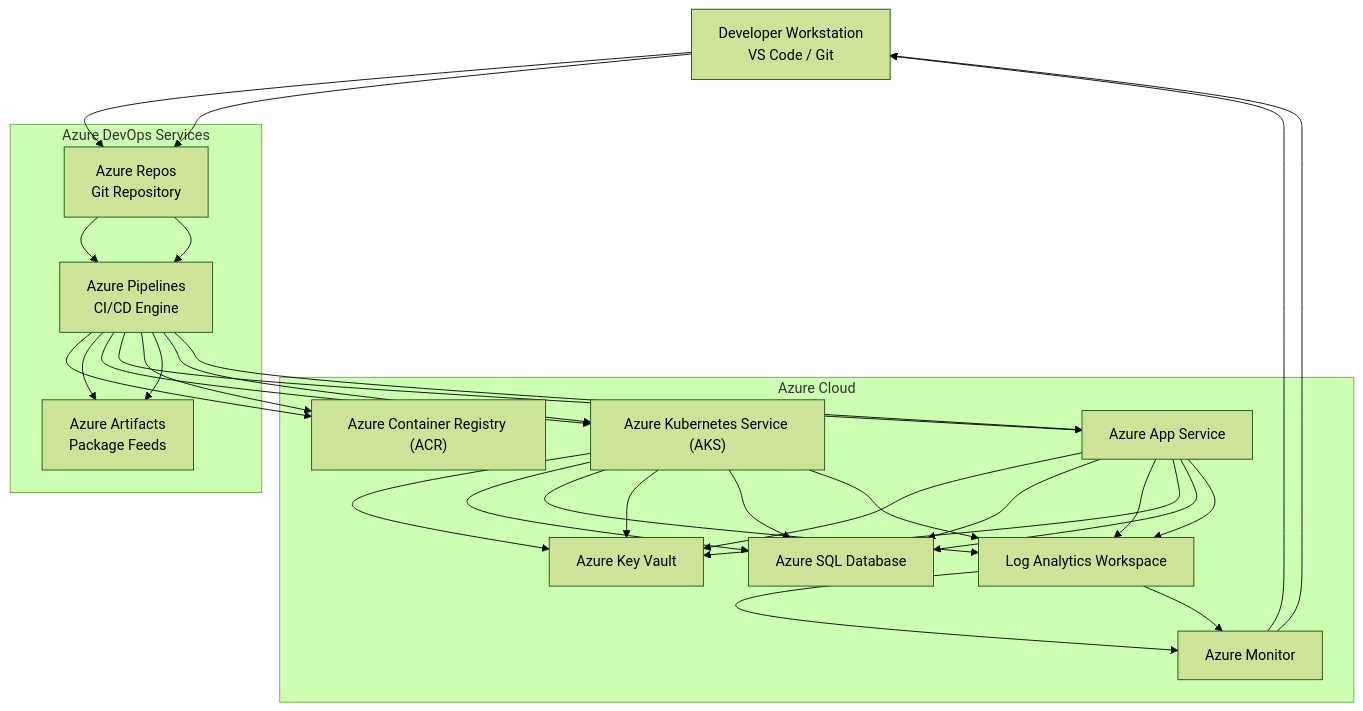
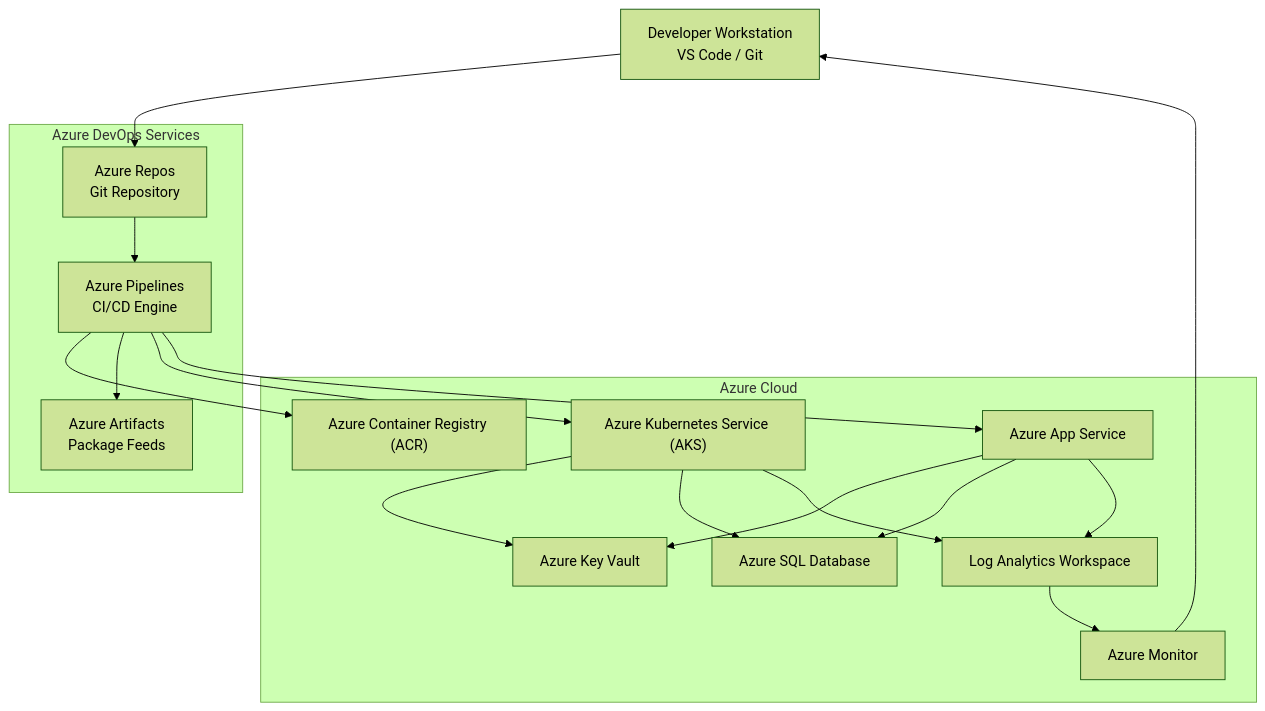
One commit to jcck252627/gitable2025 changed the diagram in UML/azure-devop.md. Above: the diagram before and after it, drawn with Mermaid (forest theme). The commit also changed 5 other files, not shown here.

````diff
--- a/UML/azure-devop.md
+++ b/UML/azure-devop.md
@@ -1,13 +1,6 @@
 ```mermaid
 
 flowchart TB
-    %% ============================
-    %% Developer Layer
-    %% ============================
-    Dev["Developer Workstation<br/>VS Code / Git"] 
-
-    %% ============================
-    %% Azure DevOps Platformflowchart TB
     %% ============================
     %% Developer Layer
     %% ============================
@@ -59,48 +52,5 @@
     Log --> Mon
     Mon --> Dev
 
-    %% ============================
-    subgraph AzureDevOps["Azure DevOps Services"]
-        Repos["Azure Repos<br/>Git Repository"]
-        Pipelines["Azure Pipelines<br/>CI/CD Engine"]
-        Artifacts["Azure Artifacts<br/>Package Feeds"]
-    end
-
-    %% ============================
-    %% Azure Cloud Services
-    %% ============================
-    subgraph AzureCloud["Azure Cloud"]
-        ACR["Azure Container Registry (ACR)"]
-        AKS["Azure Kubernetes Service (AKS)"]
-        AppSvc["Azure App Service"]
-        SQL["Azure SQL Database"]
-        KV["Azure Key Vault"]
-        Log["Log Analytics Workspace"]
-        Mon["Azure Monitor"]
-    end
-
-    %% Developer interactions
-    Dev --> Repos
-
-    %% CI Pipeline interactions
-    Repos --> Pipelines
-    Pipelines --> ACR
-    Pipelines --> Artifacts
-
-    %% CD Deployment
-    Pipelines --> AKS
-    Pipelines --> AppSvc
-
-    %% Runtime interactions
-    AKS --> KV
-    AppSvc --> KV
-    AKS --> SQL
-    AppSvc --> SQL
-
-    %% Monitoring & Logging
-    AKS --> Log
-    AppSvc --> Log
-    Log --> Mon
-    Mon --> Dev
 
 ```
````
